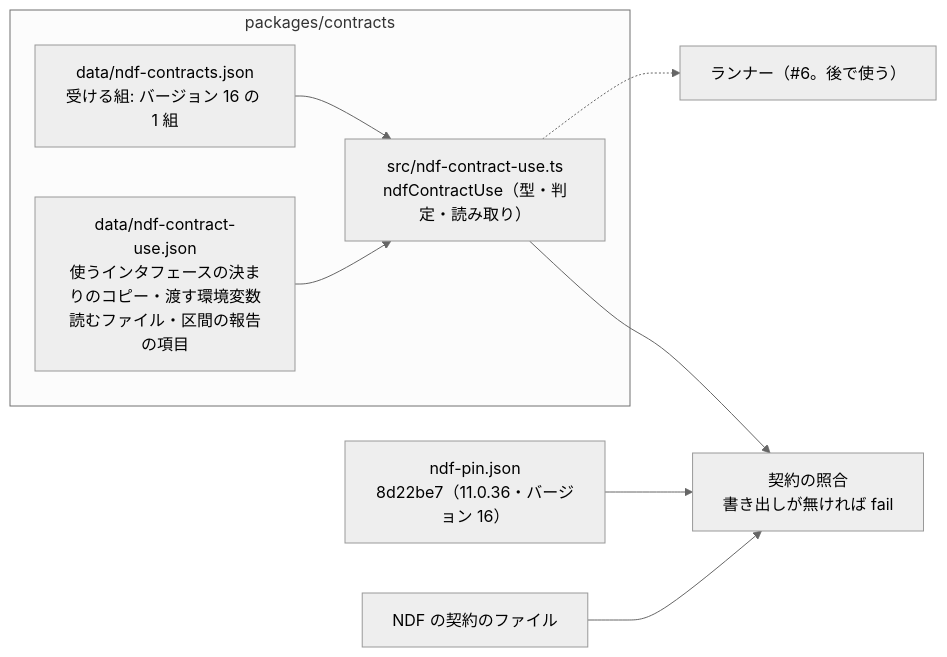
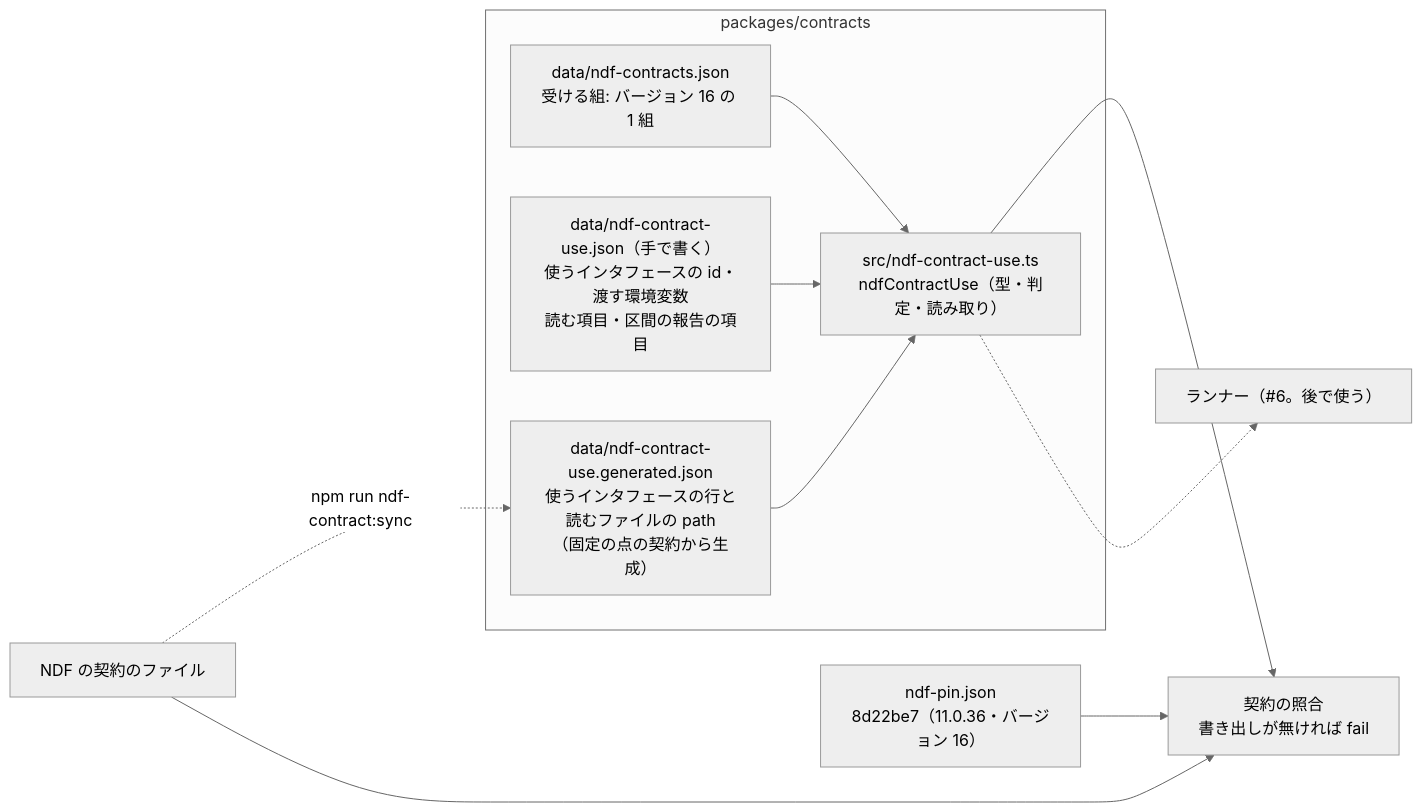
One commit to devbasex/nd-factory changed the second of 2 diagrams in issues/issue-136-design.md. Above: the diagram before and after it, drawn with Mermaid (neutral theme). The commit also changed other lines of this file and 2 other files, not shown here.

````diff
--- a/issues/issue-136-design.md
+++ b/issues/issue-136-design.md
@@ -83,18 +83,21 @@
 ```mermaid
 graph LR
   PIN["ndf-pin.json<br/>8d22be7（11.0.36・バージョン 16）"]
   subgraph contracts["packages/contracts"]
     ACC["data/ndf-contracts.json<br/>受ける組: バージョン 16 の 1 組"]
-    UD["data/ndf-contract-use.json<br/>使うインタフェースの決まりのコピー・渡す環境変数<br/>読むファイル・区間の報告の項目"]
+    UD["data/ndf-contract-use.json（手で書く）<br/>使うインタフェースの id・渡す環境変数<br/>読む項目・区間の報告の項目"]
+    UG["data/ndf-contract-use.generated.json<br/>使うインタフェースの行と読むファイルの path<br/>（固定の点の契約から生成）"]
     UM["src/ndf-contract-use.ts<br/>ndfContractUse（型・判定・読み取り）"]
   end
   CHK["契約の照合<br/>書き出しが無ければ fail"]
   NDF["NDF の契約のファイル"]
   RUN["ランナー（#6。後で使う）"]
   ACC --> UM
   UD --> UM
+  UG --> UM
+  NDF -. npm run ndf-contract:sync .-> UG
   UM --> CHK
   PIN --> CHK
   NDF --> CHK
   UM -.-> RUN
 ```
````
